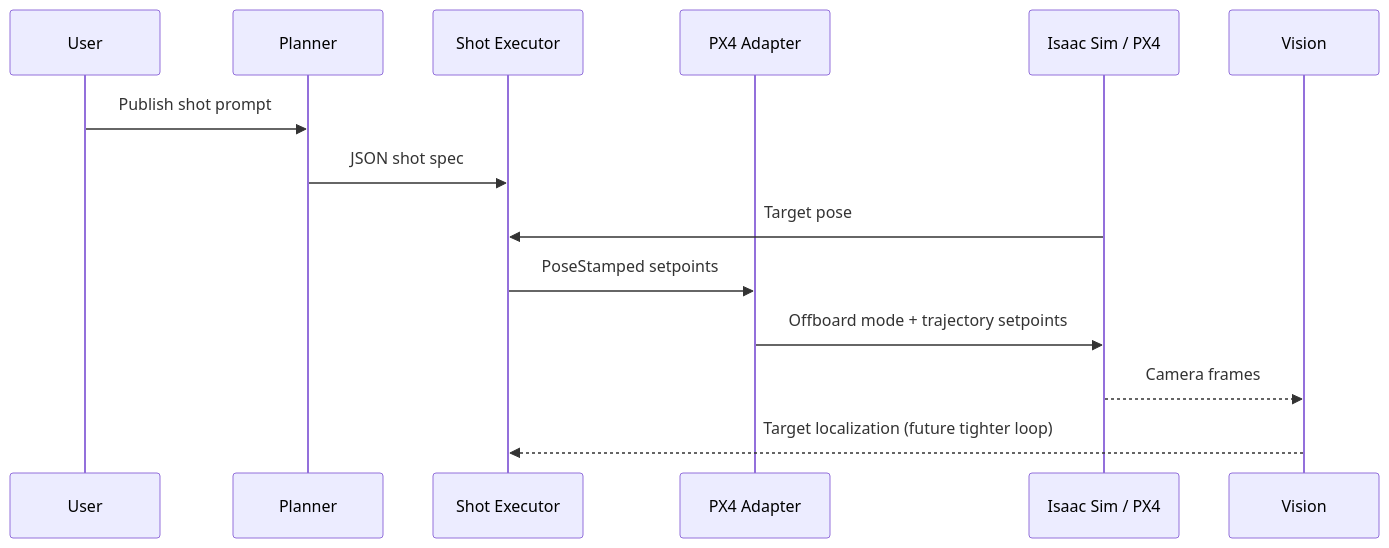
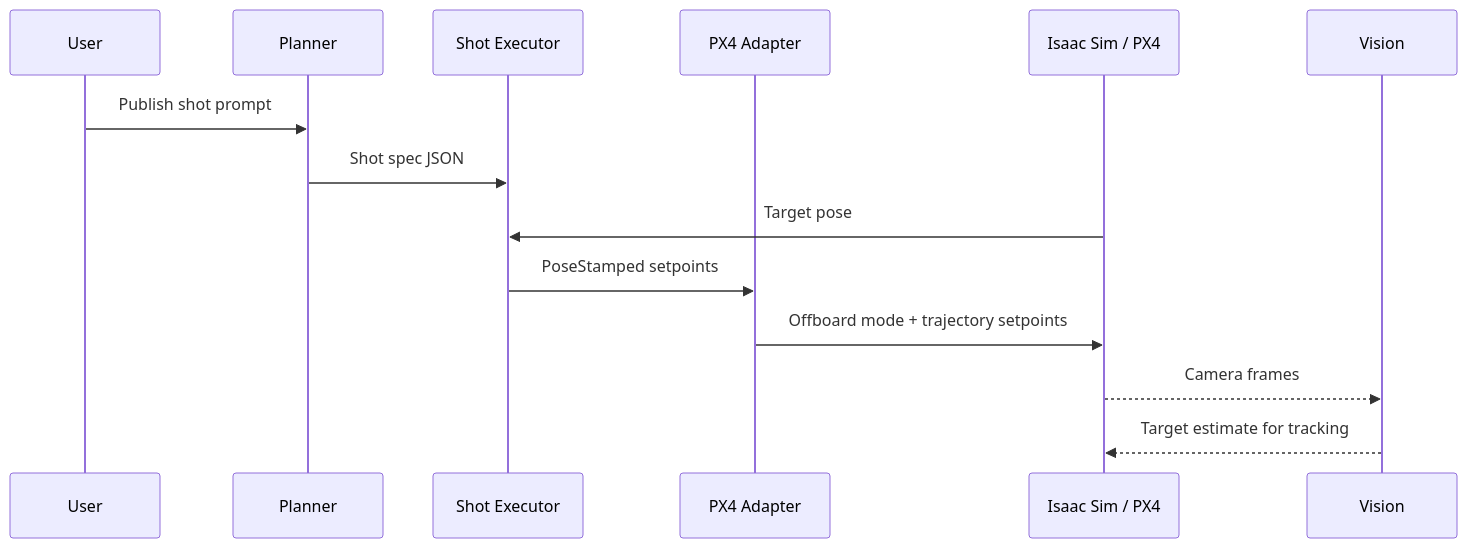
One commit to lakshya-asu/snydrone changed the second of 2 diagrams in README.md. Above: the diagram before and after it, drawn with Mermaid. The commit also changed other lines of this file and 1 other file, not shown here.

````diff
--- a/README.md
+++ b/README.md
@@ -141,17 +96,17 @@
 ```mermaid
 sequenceDiagram
     participant U as User
     participant P as Planner
     participant E as Shot Executor
     participant X as PX4 Adapter
     participant S as Isaac Sim / PX4
     participant V as Vision
 
     U->>P: Publish shot prompt
-    P->>E: JSON shot spec
+    P->>E: Shot spec JSON
     S->>E: Target pose
     E->>X: PoseStamped setpoints
     X->>S: Offboard mode + trajectory setpoints
     S-->>V: Camera frames
-    V-->>E: Target localization (future tighter loop)
+    V-->>S: Target estimate for tracking
 ```
````
